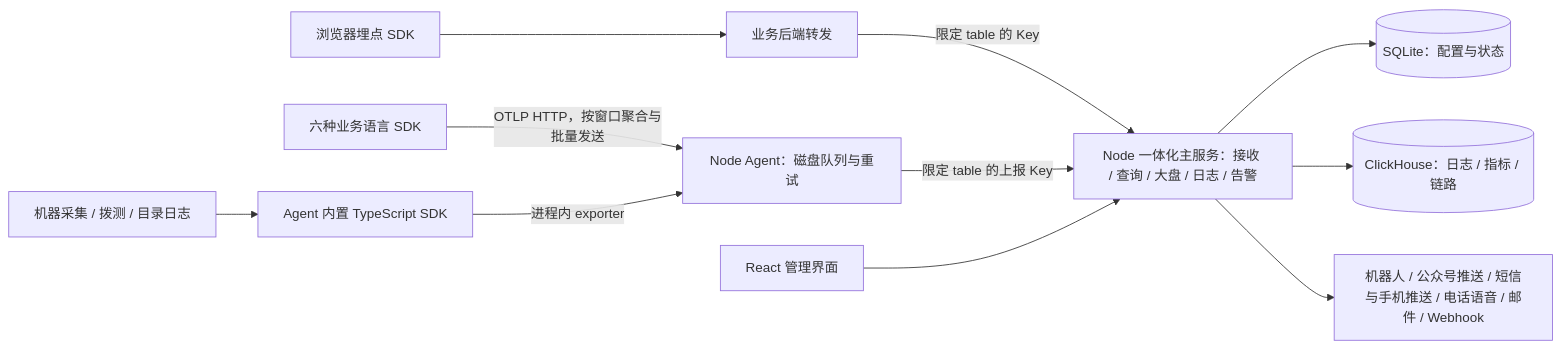
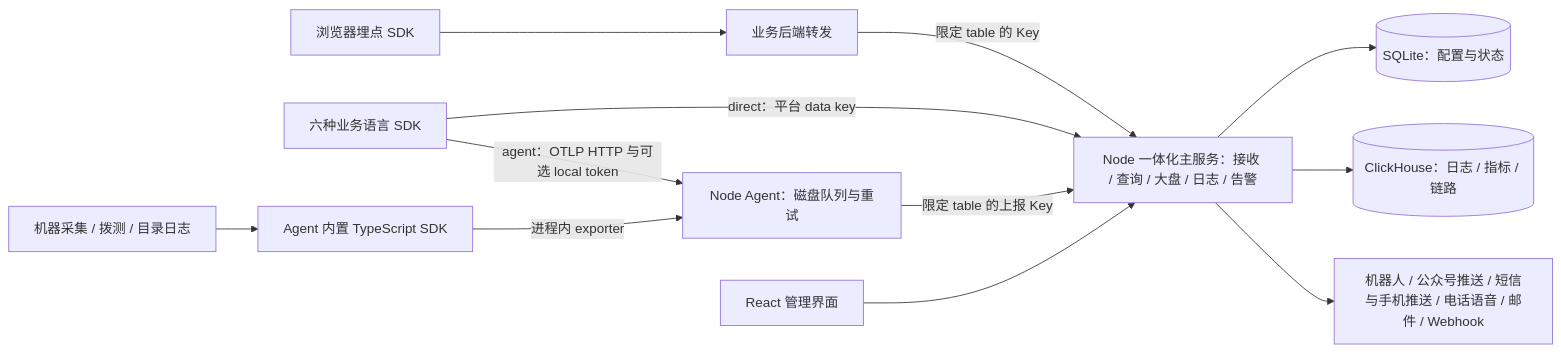
The diagram in docs/architecture.md (workhold/lightmoni), drawn with Mermaid before and after one commit. The commit also changed other lines of this file and 41 other files, not shown here.

Commit message:
feat: retain independent SDK direct and Agent reporting paths

````diff
--- a/docs/architecture.md
+++ b/docs/architecture.md
@@ -22,13 +22,14 @@
 ```mermaid
 flowchart LR
     B[浏览器埋点 SDK] --> P[业务后端转发]
     P -->|限定 table 的 Key| M
-    S[六种业务语言 SDK] -->|OTLP HTTP，按窗口聚合与批量发送| A
+    S[六种业务语言 SDK] -->|direct：平台 data key| M
+    S -->|agent：OTLP HTTP 与可选 local token| A
     H[机器采集 / 拨测 / 目录日志] --> G[Agent 内置 TypeScript SDK]
     G -->|进程内 exporter| A
     A[Node Agent：磁盘队列与重试] -->|限定 table 的上报 Key| M
     U[React 管理界面] --> M
     M[Node 一体化主服务：接收 / 查询 / 大盘 / 日志 / 告警] --> Q[(SQLite：配置与状态)]
     M --> C[(ClickHouse：日志 / 指标 / 链路)]
     M --> N[机器人 / 公众号推送 / 短信与手机推送 / 电话语音 / 邮件 / Webhook]
 ```
````
